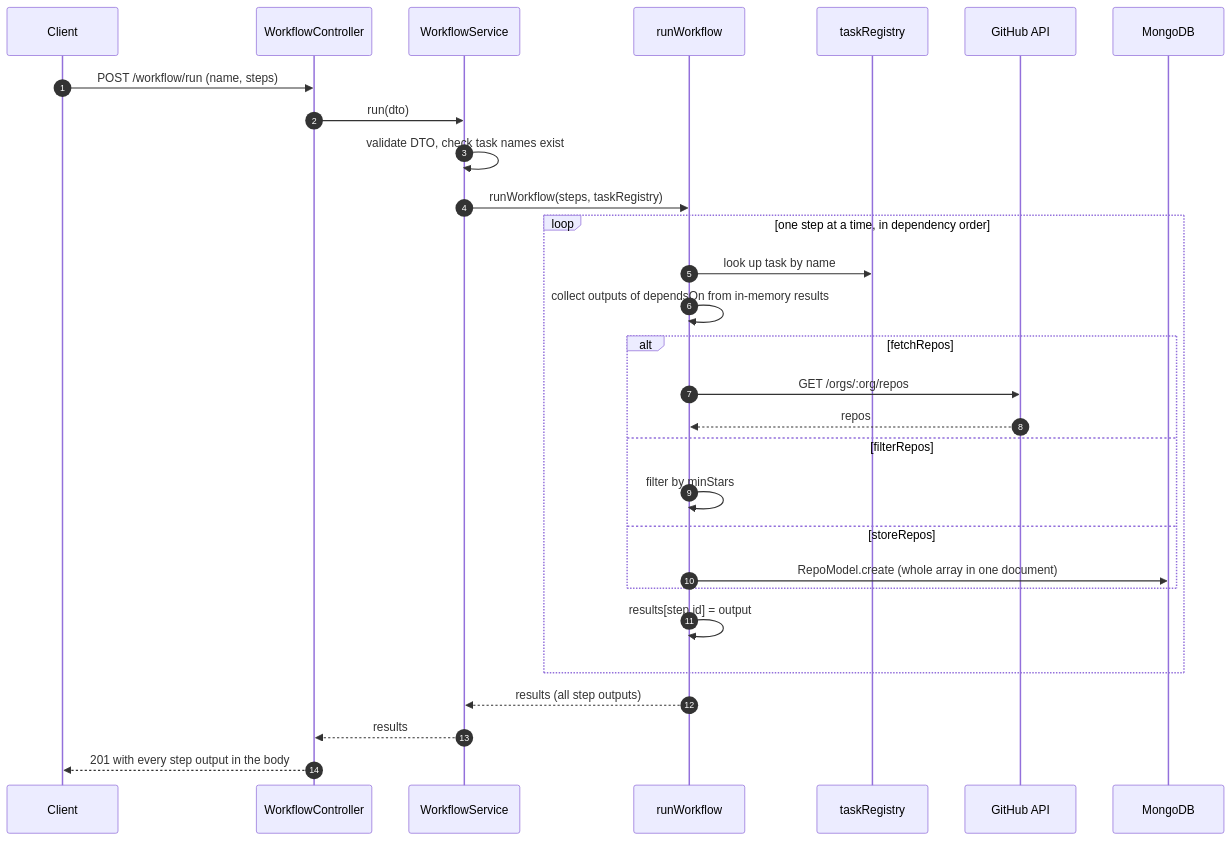
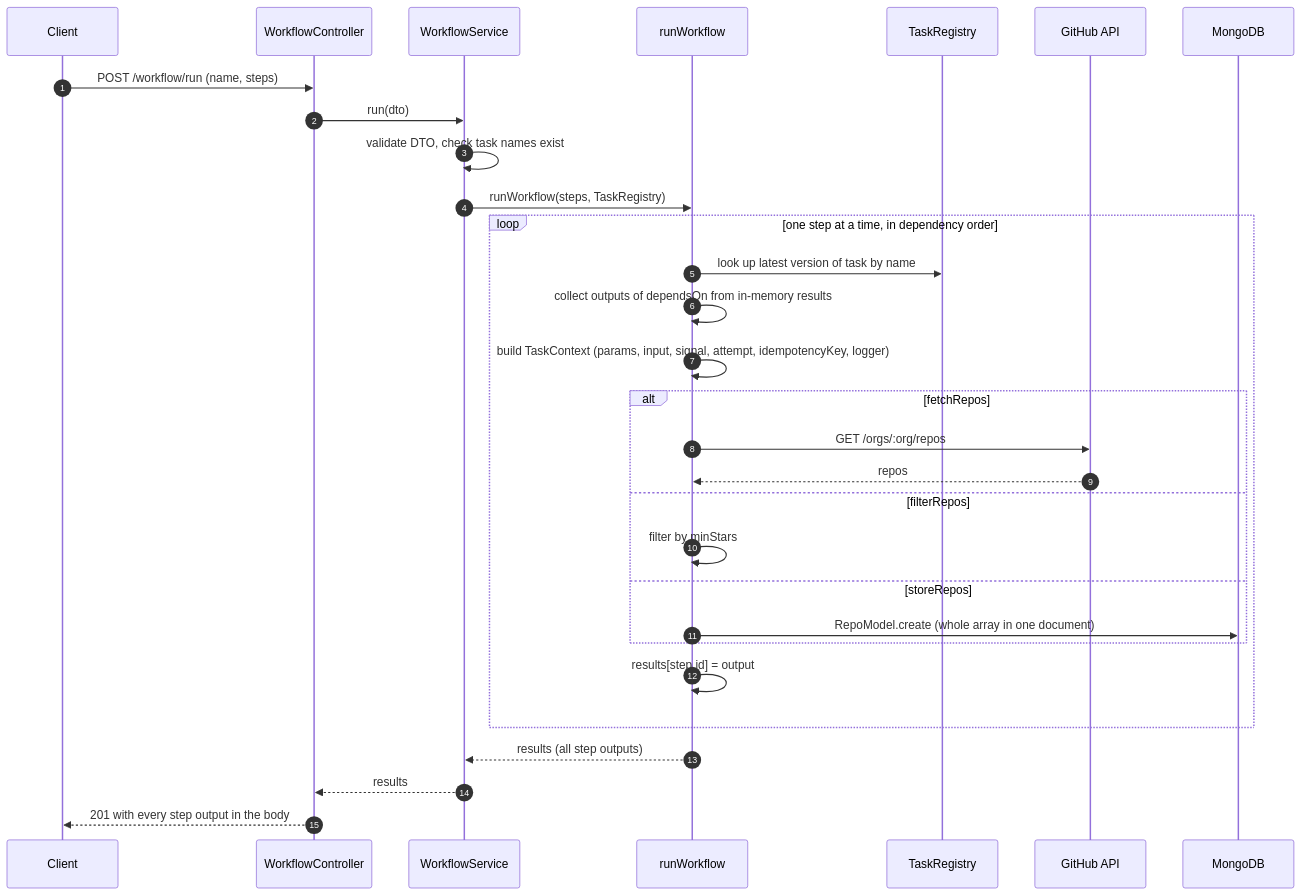
Before and after one commit to sinrajat43/OrchaLite: the first of 4 diagrams in docs/architecture.md, drawn with Mermaid. The commit also changed other lines of this file and 24 other files, not shown here.

First line of the commit message:
A1: task contract with TypeBox schemas and discovery-based registry

````diff
--- a/docs/architecture.md
+++ b/docs/architecture.md
@@ -10,34 +10,35 @@
 ```mermaid
 sequenceDiagram
     autonumber
     participant C as Client
     participant Ctl as WorkflowController
     participant Svc as WorkflowService
     participant Run as runWorkflow
-    participant Reg as taskRegistry
+    participant Reg as TaskRegistry
     participant GH as GitHub API
     participant DB as MongoDB
 
     C->>Ctl: POST /workflow/run (name, steps)
     Ctl->>Svc: run(dto)
     Svc->>Svc: validate DTO, check task names exist
-    Svc->>Run: runWorkflow(steps, taskRegistry)
+    Svc->>Run: runWorkflow(steps, TaskRegistry)
 
     loop one step at a time, in dependency order
-        Run->>Reg: look up task by name
+        Run->>Reg: look up latest version of task by name
         Run->>Run: collect outputs of dependsOn from in-memory results
+        Run->>Run: build TaskContext (params, input, signal, attempt, idempotencyKey, logger)
         alt fetchRepos
             Run->>GH: GET /orgs/:org/repos
             GH-->>Run: repos
         else filterRepos
             Run->>Run: filter by minStars
         else storeRepos
             Run->>DB: RepoModel.create (whole array in one document)
         end
         Run->>Run: results[step.id] = output
     end
 
     Run-->>Svc: results (all step outputs)
     Svc-->>Ctl: results
     Ctl-->>C: 201 with every step output in the body
 ```
````
